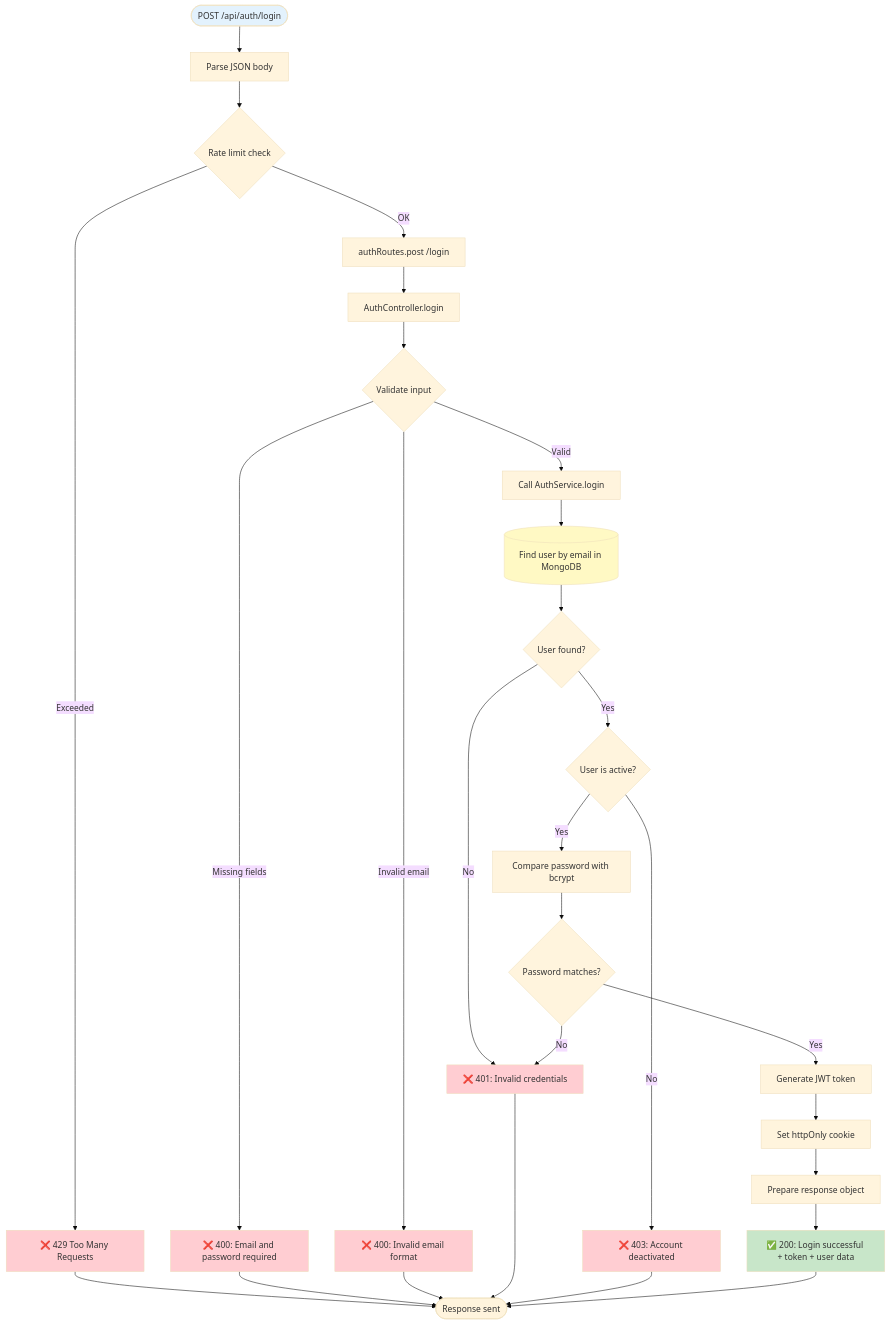
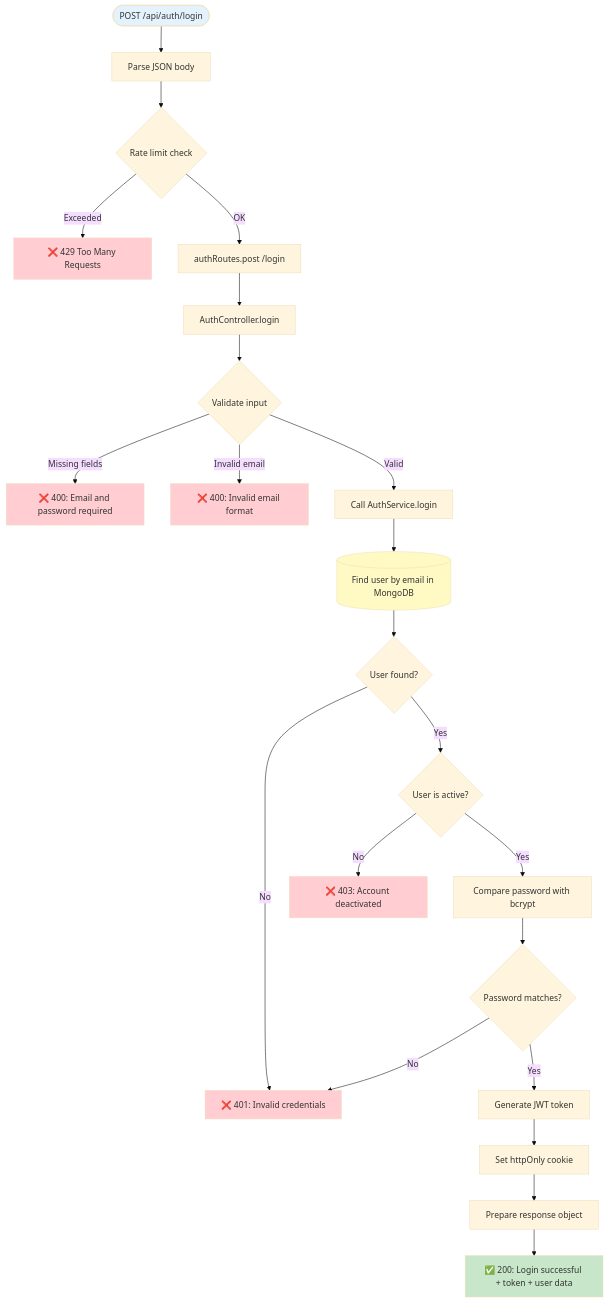
One commit to shmuelkapiloff/simple- changed the second of 26 diagrams in docs/SERVER_ENDPOINTS_MAP.md. Above: the diagram before and after it, drawn with Mermaid (base theme). The commit also changed other lines of this file, not shown here.

Commit message:
fix: Remove End nodes from flowcharts to fix GitHub Mermaid rendering

````diff
--- a/docs/SERVER_ENDPOINTS_MAP.md
+++ b/docs/SERVER_ENDPOINTS_MAP.md
@@ -114,46 +107,40 @@
 ```mermaid
 flowchart TD
     Request([POST /api/auth/login]) --> Middleware1[Parse JSON body]
     Middleware1 --> RateLimit{Rate limit check}
     RateLimit -->|Exceeded| Return429[❌ 429 Too Many Requests]
     RateLimit -->|OK| RouteHandler[authRoutes.post /login]
     
     RouteHandler --> Controller[AuthController.login]
     
     Controller --> ValidateInput{Validate input}
     ValidateInput -->|Missing fields| Return400["❌ 400: Email and password required"]
     ValidateInput -->|Invalid email| Return400Email["❌ 400: Invalid email format"]
     ValidateInput -->|Valid| CallService[Call AuthService.login]
     
     CallService --> FindUser[(Find user by email in MongoDB)]
     FindUser --> UserExists{User found?}
     UserExists -->|No| Return401["❌ 401: Invalid credentials"]
     UserExists -->|Yes| CheckActive{User is active?}
     
     CheckActive -->|No| Return403["❌ 403: Account deactivated"]
     CheckActive -->|Yes| ComparePassword[Compare password with bcrypt]
     
     ComparePassword --> PasswordMatch{Password matches?}
     PasswordMatch -->|No| Return401
     PasswordMatch -->|Yes| GenerateJWT[Generate JWT token]
     
     GenerateJWT --> SetCookie[Set httpOnly cookie]
     SetCookie --> PrepareResponse[Prepare response object]
     PrepareResponse --> Return200["✅ 200: Login successful + token + user data"]
     
-    Return429 --> End([Response sent])
-    Return400 --> End
-    Return400Email --> End
-    Return401 --> End
-    Return403 --> End
-    Return200 --> End
     
     style Request fill:#e3f2fd
     style Return200 fill:#c8e6c9
     style Return429 fill:#ffcdd2
     style Return400 fill:#ffcdd2
     style Return400Email fill:#ffcdd2
     style Return401 fill:#ffcdd2
     style Return403 fill:#ffcdd2
     style FindUser fill:#fff9c4
 ```
````
